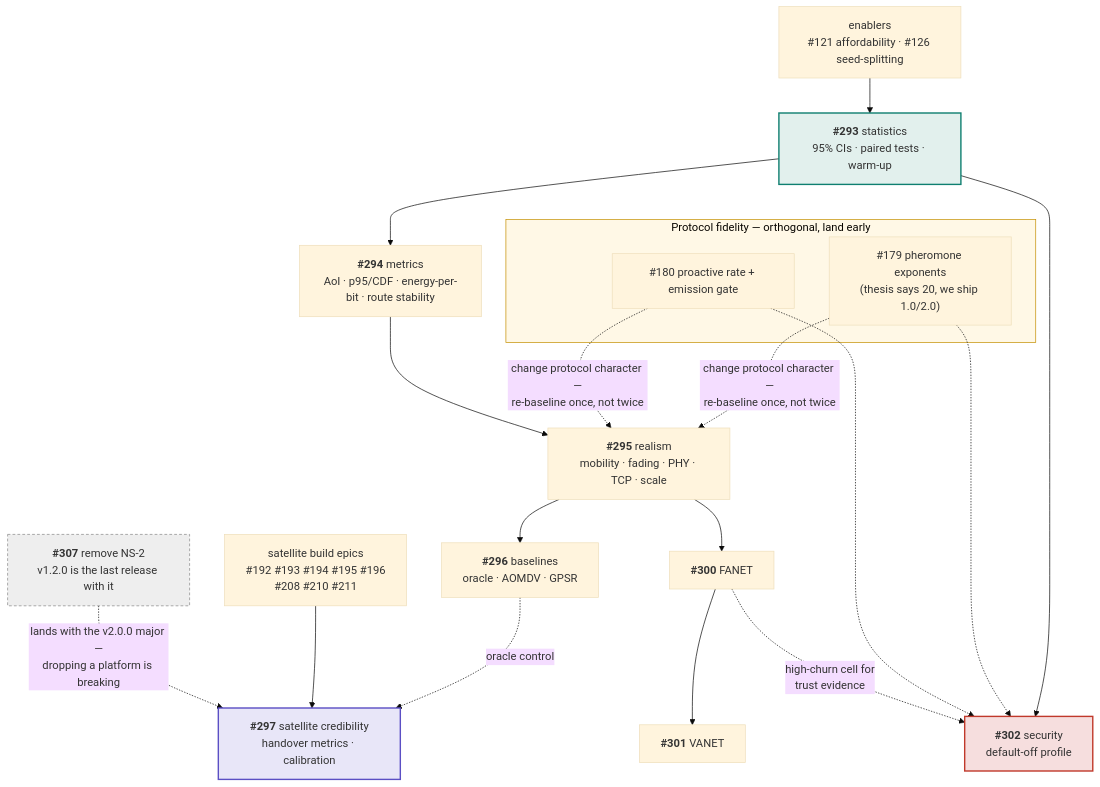
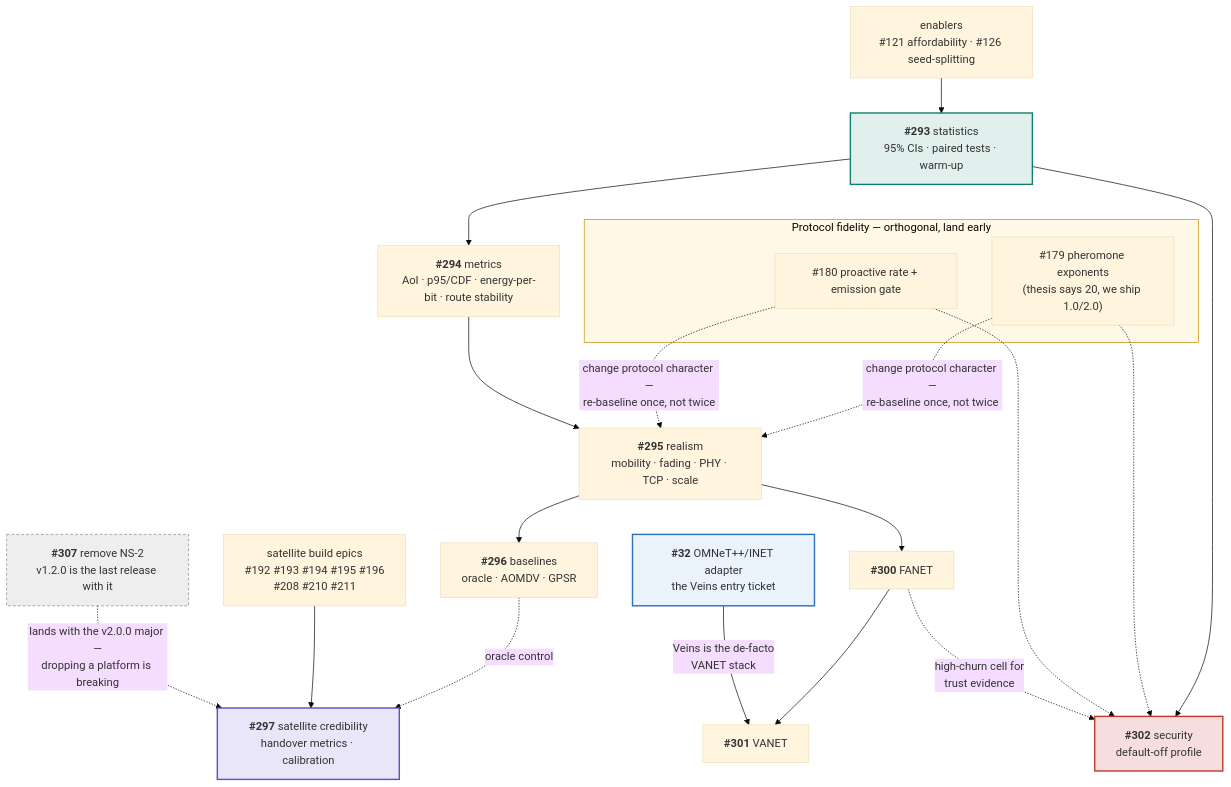
Before and after one commit to danieljoppi/AntHocNet: the second of 2 diagrams in docs/roadmap.md, drawn with Mermaid (base theme). The commit also changed other lines of this file, not shown here.

````diff
--- a/docs/roadmap.md
+++ b/docs/roadmap.md
@@ -37,37 +37,40 @@
 ```mermaid
 flowchart TB
     subgraph FID["Protocol fidelity — orthogonal, land early"]
         F179["#179 pheromone exponents<br/>(thesis says 20, we ship 1.0/2.0)"]
         F180["#180 proactive rate + emission gate"]
     end
 
     E293["<b>#293</b> statistics<br/>95% CIs · paired tests · warm-up"]
     E294["<b>#294</b> metrics<br/>AoI · p95/CDF · energy-per-bit · route stability"]
     E295["<b>#295</b> realism<br/>mobility · fading · PHY · TCP · scale"]
     E296["<b>#296</b> baselines<br/>oracle · AOMDV · GPSR"]
     E300["<b>#300</b> FANET"]
     E301["<b>#301</b> VANET"]
     E297["<b>#297</b> satellite credibility<br/>handover metrics · calibration"]
     E302["<b>#302</b> security<br/>default-off profile"]
     E307["<b>#307</b> remove NS-2<br/>v1.2.0 is the last release with it"]
+    E32["<b>#32</b> OMNeT++/INET adapter<br/>the Veins entry ticket"]
 
     SATBUILD["satellite build epics<br/>#192 #193 #194 #195 #196<br/>#208 #210 #211"]
     ENABLE["enablers<br/>#121 affordability · #126 seed-splitting"]
 
     ENABLE --> E293
     F179 & F180 -.->|"change protocol character —<br/>re-baseline once, not twice"| E295
     E293 --> E294 --> E295 --> E296
     E295 --> E300 --> E301
     E296 -.->|"oracle control"| E297
     SATBUILD --> E297
     E293 --> E302
     F179 & F180 -.-> E302
     E307 -.->|"lands with the v2.0.0 major —<br/>dropping a platform is breaking"| E297
+    E32 -->|"Veins is the de-facto<br/>VANET stack"| E301
     E300 -.->|"high-churn cell for<br/>trust evidence"| E302
 
     style E293 fill:#e2f0ed,stroke:#0f7f70,stroke-width:2px
     style E297 fill:#e8e6f8,stroke:#5b4fc4,stroke-width:2px
     style E302 fill:#f6dede,stroke:#c0392b,stroke-width:2px
     style E307 fill:#eee,stroke:#888,stroke-dasharray:4 3
+    style E32 fill:#eaf2fb,stroke:#2c6fbb,stroke-width:2px
     style FID fill:#fff8e6,stroke:#c48f00
 ```
````
